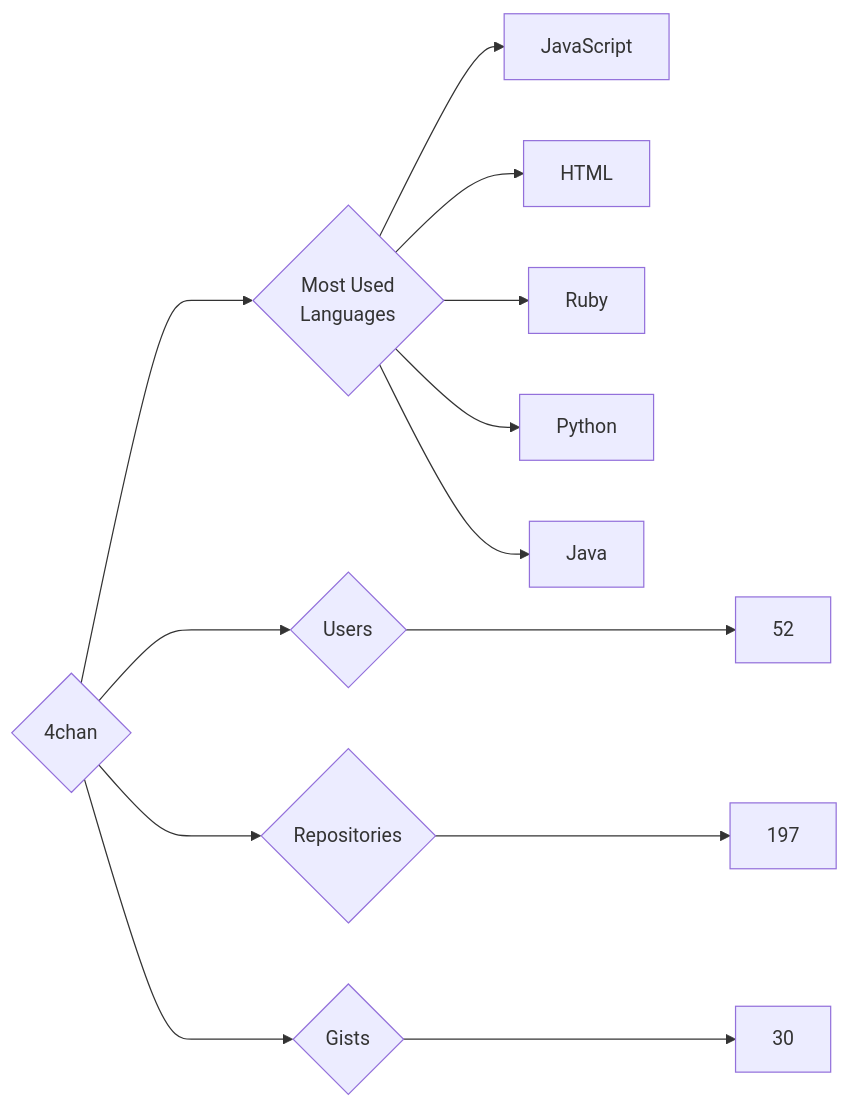
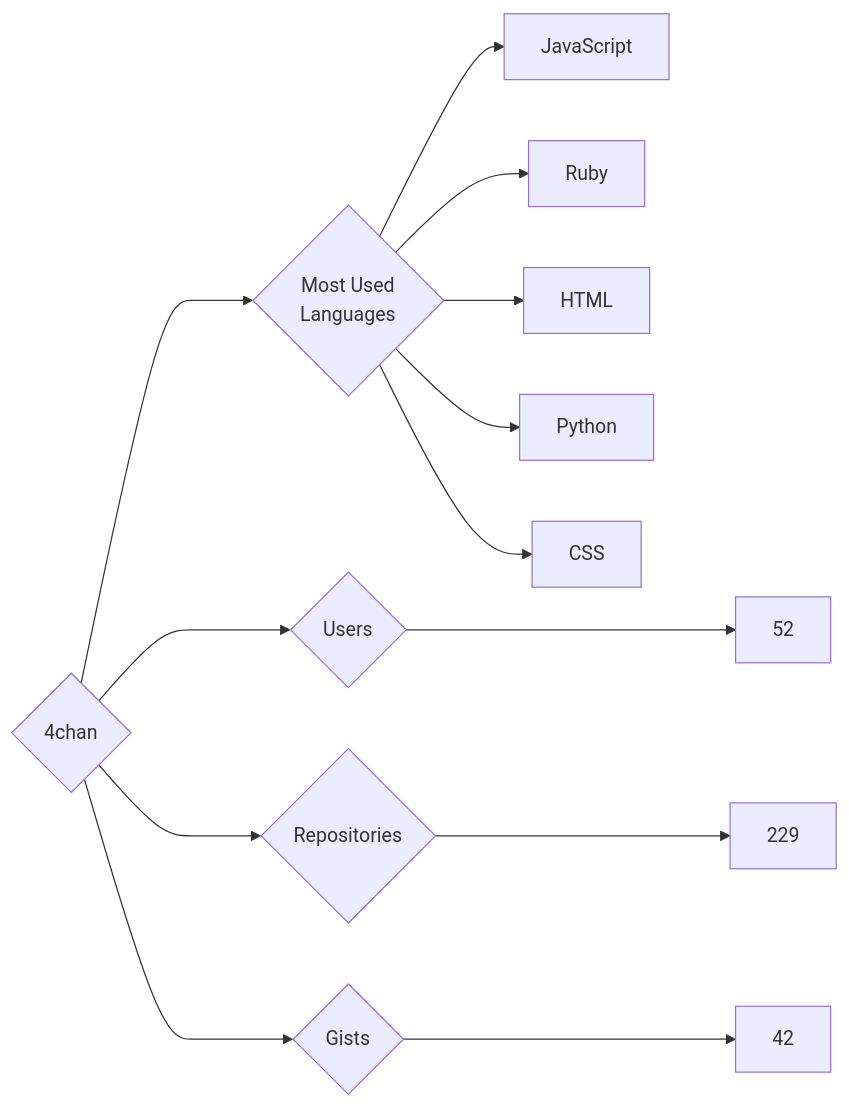
The diagram in targets/4chan/README.md (trickest/insiders), drawn with Mermaid before and after one commit. The commit also changed 1123 other files, not shown here.

````diff
--- a/targets/4chan/README.md
+++ b/targets/4chan/README.md
@@ -3,13 +3,13 @@
 ```mermaid
 graph LR
 COMPANY_NAME{4chan}
 COMPANY_NAME ---> U{Users} ---> UN[52]
-COMPANY_NAME ---> R{Repositories} ---> RN[197]
-COMPANY_NAME ---> G{Gists} ---> GN[30]
+COMPANY_NAME ---> R{Repositories} ---> RN[229]
+COMPANY_NAME ---> G{Gists} ---> GN[42]
 COMPANY_NAME ---> ML{Most Used<br>Languages}
 ML --> JavaScript[JavaScript]
+ML --> Ruby[Ruby]
 ML --> HTML[HTML]
-ML --> Ruby[Ruby]
 ML --> Python[Python]
-ML --> Java[Java]
+ML --> CSS[CSS]
 ```
````
